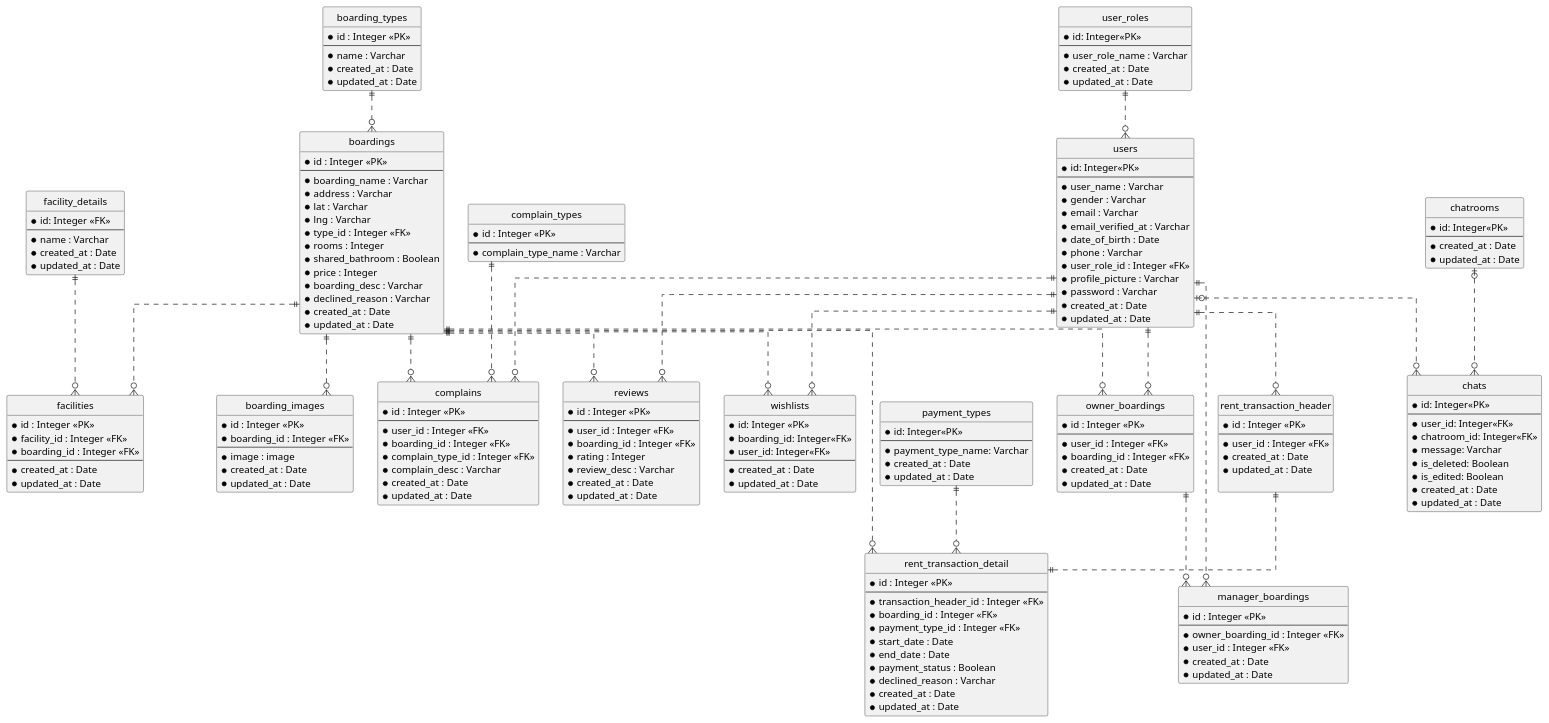
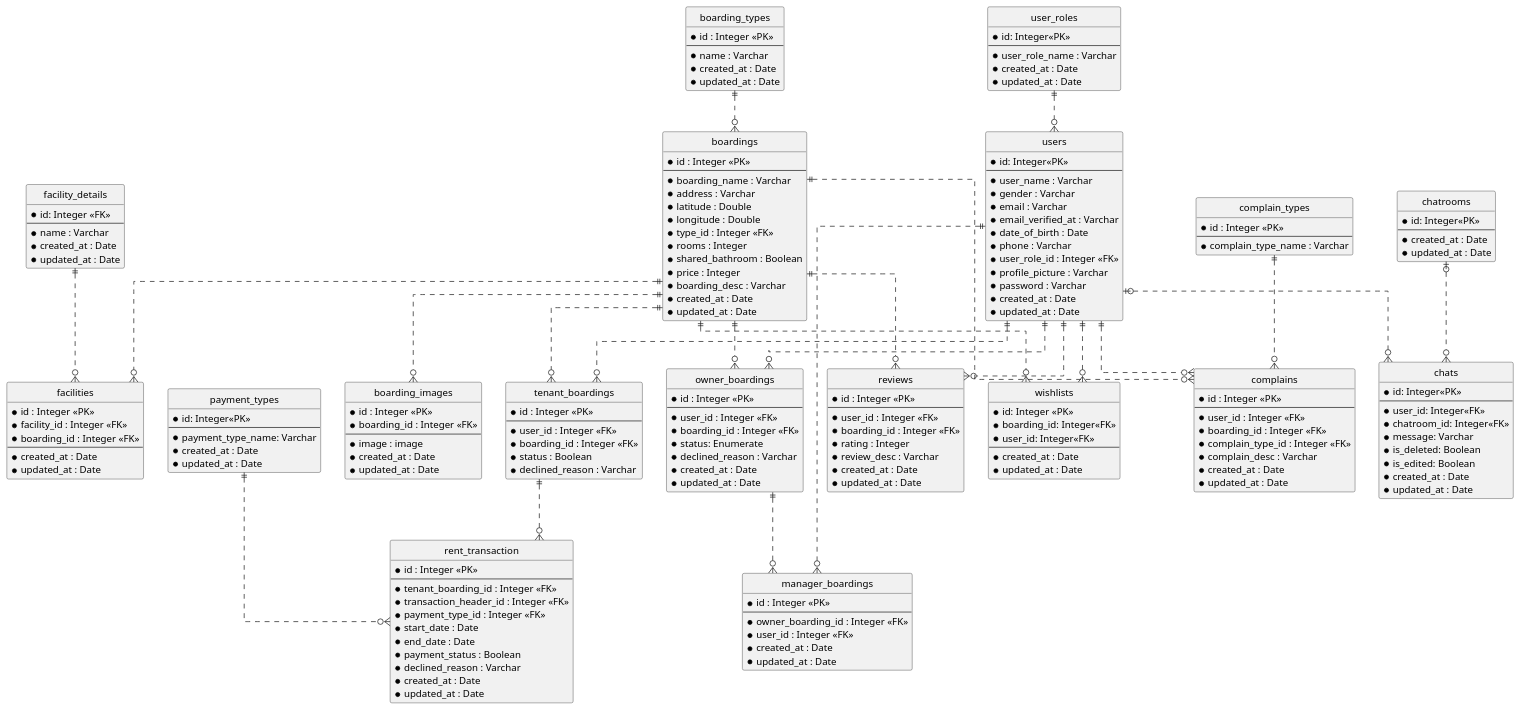
The diagram in Design/BHFMS_ERD.puml (AntWort21/BHFMS), drawn with PlantUML before and after one commit. The commit also changed 32 other files, not shown here.

```diff
--- a/Design/BHFMS_ERD.puml
+++ b/Design/BHFMS_ERD.puml
@@ -42,16 +42,24 @@
   --
   *boarding_name : Varchar
   *address : Varchar
-  *lat : Varchar
-  *lng : Varchar
+  *latitude : Double
+  *longitude : Double
   *type_id : Integer <<FK>>
   *rooms : Integer
   *shared_bathroom : Boolean
   *price : Integer
   *boarding_desc : Varchar
-  *declined_reason : Varchar
   *created_at : Date
   *updated_at : Date
+}
+
+entity "tenant_boardings" as tb {
+  *id : Integer <<PK>>
+  --
+  *user_id : Integer <<FK>>
+  *boarding_id : Integer <<FK>>
+  *status : Boolean
+  *declined_reason : Varchar
 }
 
 entity "facility_details" as fd {
@@ -81,20 +89,11 @@
   *updated_at : Date
 }
 
-entity "rent_transaction_header" as rt {
+entity "rent_transaction" as rt {
   *id : Integer <<PK>>
   --
-  *user_id : Integer <<FK>>
-  *created_at : Date
-  *updated_at : Date
-  
-}
-
-entity "rent_transaction_detail" as rtd {
-  *id : Integer <<PK>>
-  --
+  *tenant_boarding_id : Integer <<FK>>
   *transaction_header_id : Integer <<FK>> 
-  *boarding_id : Integer <<FK>>
   *payment_type_id : Integer <<FK>>
   *start_date : Date
   *end_date : Date
@@ -104,12 +103,22 @@
   *updated_at : Date
 }
 
+' entity "boarding_status" as bhst{
+'     *id : Integer <<PK>>
+'     --
+'     *name : Varchar
+'     *created_at : Date
+'     *updated_at : Date
+' }
+
 
 entity "owner_boardings" as lobh {
   *id : Integer <<PK>>
   --
   *user_id : Integer <<FK>>
   *boarding_id : Integer <<FK>>
+  *status: Enumerate
+  *declined_reason : Varchar
   *created_at : Date
   *updated_at : Date
 }
@@ -193,10 +202,11 @@
 bh ||..o{ f
 fd ||..o{ f
 
-usr ||..o{ rt
-bh ||..o{ rtd
-rt ||..||rtd
-pymnt ||..o{ rtd
+usr ||..o{ tb
+bh ||..o{ tb
+
+tb ||..o{ rt
+pymnt ||..o{ rt
 
 usr ||..o{ lobh
 bh ||..o{ lobh
```
